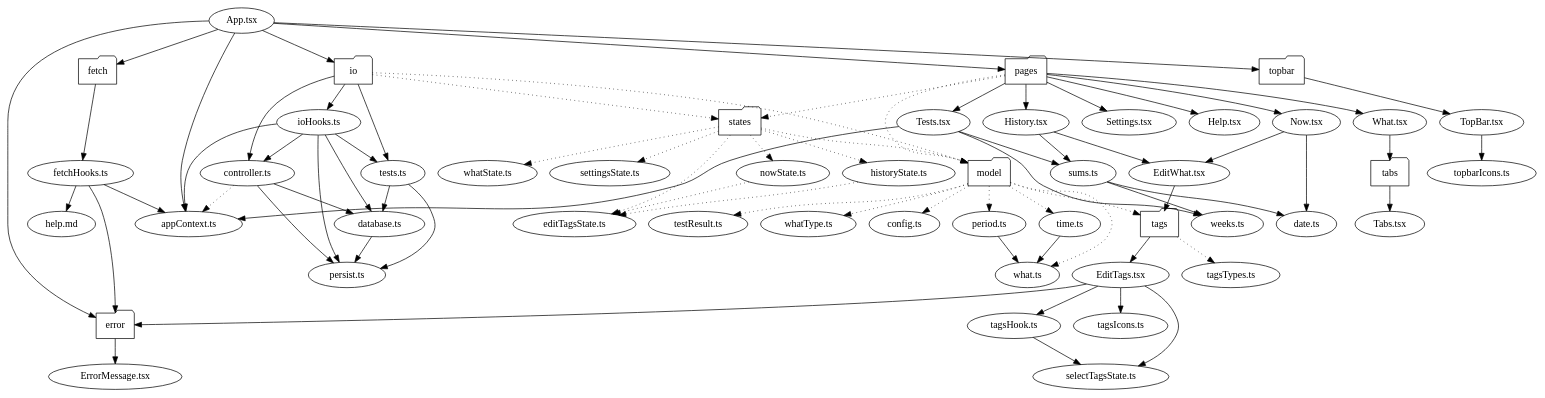
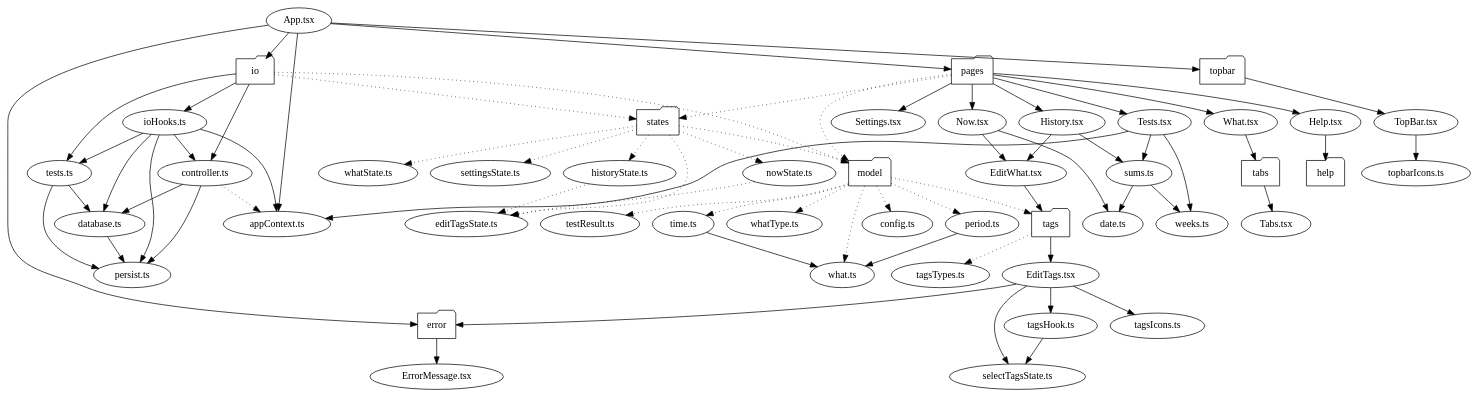
The diagram in dependencies/dependencies.dot (cwellsx/time), drawn with Graphviz before and after one commit. The commit also changed 7 other files, not shown here.

```diff
--- a/dependencies/dependencies.dot
+++ b/dependencies/dependencies.dot
@@ -1,71 +1,67 @@
 digraph SRC {
-  "App.tsx" -> {"error" "fetch" "io" "pages" "topbar" "appContext.ts"};
+  "App.tsx" -> {"error" "io" "pages" "topbar" "appContext.ts"};
   "appContext.ts" -> {};
 
   "error" [shape=folder];
-  "fetch" [shape=folder];
+  "help" [shape=folder];
   "io" [shape=folder];
   "model" [shape=folder];
   "pages" [shape=folder];
   "states" [shape=folder];
   "tabs" [shape=folder];
   "tags" [shape=folder];
   "topbar" [shape=folder];
   
   "error" -> {"ErrorMessage.tsx"};
   "ErrorMessage.tsx" -> {};
-
-  "fetch" -> {"fetchHooks.ts"};
-  "fetchHooks.ts" -> {"error" "help.md" "appContext.ts"}
-  "help.md" -> {}
 
   "io" -> {"controller.ts" "ioHooks.ts" "tests.ts"};
   "io" -> {"model" "states"} [style=dotted];
   "controller.ts" -> {"persist.ts" "database.ts"};
   "controller.ts" -> {"appContext.ts"} [style=dotted];
   "database.ts" -> {"persist.ts"};
   "ioHooks.ts" -> {"controller.ts" "database.ts" "persist.ts" "tests.ts" "appContext.ts"};
   "tests.ts" -> {"database.ts" "persist.ts"};
   "persist.ts" -> {}
 
   "model" -> {"config.ts" "period.ts" "testResult.ts" "time.ts" "tags" "whatType.ts" "what.ts"} [style=dotted];
   "config.ts" -> {};
   "period.ts" -> {"what.ts"};
   "testResult.ts" -> {};
   "time.ts" -> {"what.ts"};
   "what.ts" -> {};
   "whatType.ts" -> {};
 
   "pages" -> {"Now.tsx" "What.tsx" "History.tsx" "Settings.tsx" "Help.tsx" "Tests.tsx"};
   "pages" -> {"model" "states"} [style=dotted];
   "date.ts" -> {};
   "Now.tsx" -> {"date.ts" "EditWhat.tsx"};
   "What.tsx" -> {"tabs"};
   "History.tsx" -> {"sums.ts" "EditWhat.tsx"};
   "Settings.tsx" -> {};
-  "Help.tsx" -> {};
+  "Help.tsx" -> {"help"};
   "Tests.tsx" -> {"weeks.ts" "sums.ts" "appContext.ts"};
   "sums.ts" -> {"weeks.ts" "date.ts"};
   "EditWhat.tsx" -> {"tags"};
 
   "states" -> {"nowState.ts" "whatState.ts" "historyState.ts" "settingsState.ts" "editTagsState.ts" "model"} [style=dotted];
   "nowState.ts" -> {"editTagsState.ts"} [style=dotted];
   "whatState.ts" -> {};
   "historyState.ts" -> {"editTagsState.ts"} [style=dotted];
   "settingsState.ts" -> {};
   "editTagsState.ts" -> {};
 
   "tabs" -> {"Tabs.tsx"};
   "Tabs.tsx" -> {};
 
   "tags" -> {"EditTags.tsx"};
   "tags" -> {"tagsTypes.ts"} [style=dotted];
   "EditTags.tsx" -> {"error" "selectTagsState.ts" "tagsHook.ts" "tagsIcons.ts"};
   "tagsHook.ts" -> {"selectTagsState.ts"};
   "tagsIcons.ts" -> {};
   "tagsTypes.ts" -> {};
 
   "topbar" -> {"TopBar.tsx"};
   "TopBar.tsx" -> {"topbarIcons.ts"};
   "topbarIcons.ts" -> {};
 }
```
